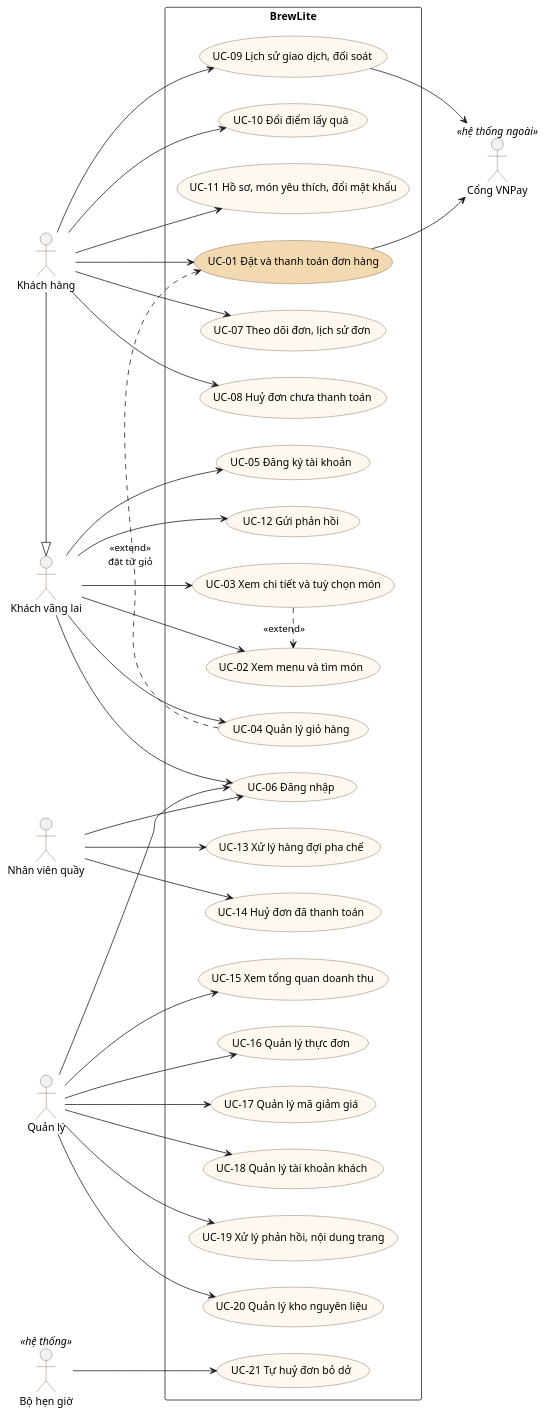
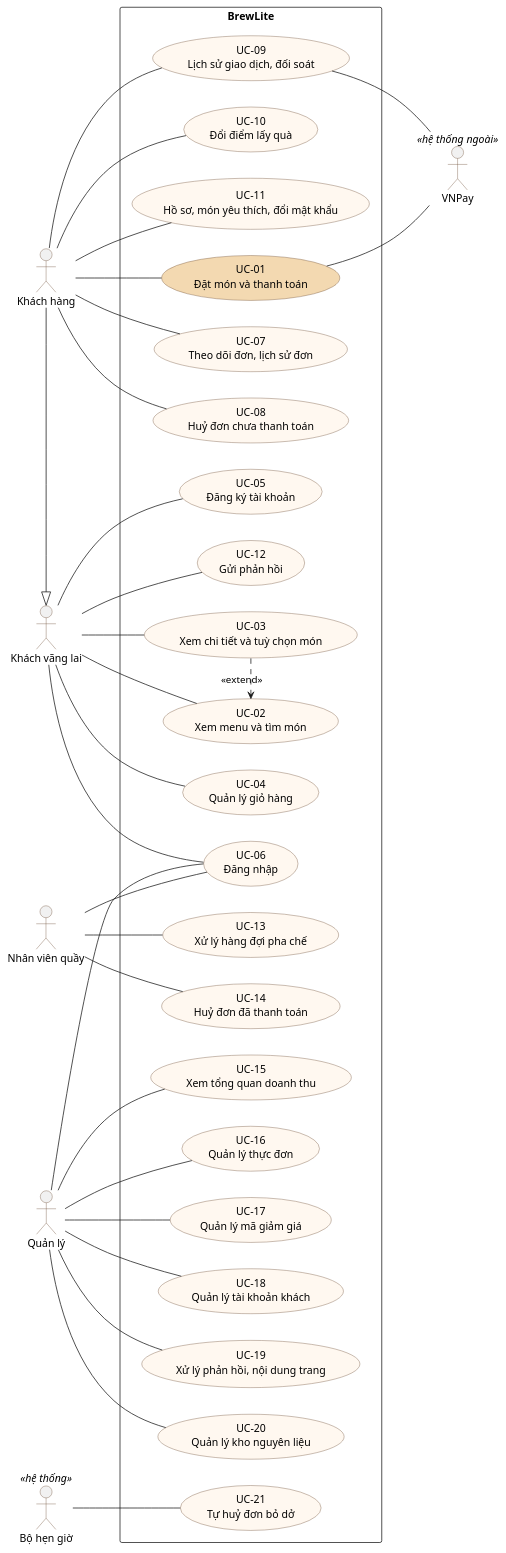
One commit to SuccessPhan/brewlite-assignment2 changed the diagram in docs/requirements/use-case-tong-quat.puml. Above: the diagram before and after it, drawn with PlantUML. The commit also changed 1 other file, not shown here.

Commit message:
docs(requirements): xuất ảnh SVG sơ đồ use-case tổng quát; liên kết actor dùng đường không mũi tên, bỏ quan hệ extend sai nghĩa, thống nhất tên với sơ đồ UC đặt món

```diff
--- a/docs/requirements/use-case-tong-quat.puml
+++ b/docs/requirements/use-case-tong-quat.puml
@@ -1,82 +1,76 @@
 @startuml use-case-tong-quat
 ' Sơ đồ use-case tổng quát BrewLite
 left to right direction
 skinparam packageStyle rectangle
 skinparam shadowing false
 skinparam defaultFontName Arial
 skinparam usecase {
   BackgroundColor #FFF8F0
   BorderColor #6F4E37
 }
 skinparam actorBorderColor #6F4E37
 
 actor "Khách vãng lai" as Guest
 actor "Khách hàng" as Customer
 actor "Nhân viên quầy" as Staff
 actor "Quản lý" as Manager
-actor "Cổng VNPay" as VNPay <<hệ thống ngoài>>
+actor "VNPay" as VNPay <<hệ thống ngoài>>
 actor "Bộ hẹn giờ" as Timer <<hệ thống>>
 
 Customer -|> Guest
 
 rectangle "BrewLite" {
-  usecase "UC-02 Xem menu và tìm món" as UC02
-  usecase "UC-03 Xem chi tiết và tuỳ chọn món" as UC03
-  usecase "UC-04 Quản lý giỏ hàng" as UC04
-  usecase "UC-05 Đăng ký tài khoản" as UC05
-  usecase "UC-06 Đăng nhập" as UC06
-  usecase "UC-12 Gửi phản hồi" as UC12
+  usecase "UC-02\nXem menu và tìm món" as UC02
+  usecase "UC-03\nXem chi tiết và tuỳ chọn món" as UC03
+  usecase "UC-04\nQuản lý giỏ hàng" as UC04
+  usecase "UC-05\nĐăng ký tài khoản" as UC05
+  usecase "UC-06\nĐăng nhập" as UC06
+  usecase "UC-12\nGửi phản hồi" as UC12
 
-  usecase "UC-01 Đặt và thanh toán đơn hàng" as UC01 #F3D9B1
-  usecase "UC-07 Theo dõi đơn, lịch sử đơn" as UC07
-  usecase "UC-08 Huỷ đơn chưa thanh toán" as UC08
-  usecase "UC-09 Lịch sử giao dịch, đối soát" as UC09
-  usecase "UC-10 Đổi điểm lấy quà" as UC10
-  usecase "UC-11 Hồ sơ, món yêu thích, đổi mật khẩu" as UC11
+  usecase "UC-01\nĐặt món và thanh toán" as UC01 #F3D9B1
+  usecase "UC-07\nTheo dõi đơn, lịch sử đơn" as UC07
+  usecase "UC-08\nHuỷ đơn chưa thanh toán" as UC08
+  usecase "UC-09\nLịch sử giao dịch, đối soát" as UC09
+  usecase "UC-10\nĐổi điểm lấy quà" as UC10
+  usecase "UC-11\nHồ sơ, món yêu thích, đổi mật khẩu" as UC11
 
-  usecase "UC-13 Xử lý hàng đợi pha chế" as UC13
-  usecase "UC-14 Huỷ đơn đã thanh toán" as UC14
+  usecase "UC-13\nXử lý hàng đợi pha chế" as UC13
+  usecase "UC-14\nHuỷ đơn đã thanh toán" as UC14
 
-  usecase "UC-15 Xem tổng quan doanh thu" as UC15
-  usecase "UC-16 Quản lý thực đơn" as UC16
-  usecase "UC-17 Quản lý mã giảm giá" as UC17
-  usecase "UC-18 Quản lý tài khoản khách" as UC18
-  usecase "UC-19 Xử lý phản hồi, nội dung trang" as UC19
-  usecase "UC-20 Quản lý kho nguyên liệu" as UC20
+  usecase "UC-15\nXem tổng quan doanh thu" as UC15
+  usecase "UC-16\nQuản lý thực đơn" as UC16
+  usecase "UC-17\nQuản lý mã giảm giá" as UC17
+  usecase "UC-18\nQuản lý tài khoản khách" as UC18
+  usecase "UC-19\nXử lý phản hồi, nội dung trang" as UC19
+  usecase "UC-20\nQuản lý kho nguyên liệu" as UC20
 
-  usecase "UC-21 Tự huỷ đơn bỏ dở" as UC21
+  usecase "UC-21\nTự huỷ đơn bỏ dở" as UC21
 }
 
-Guest --> UC02
-Guest --> UC03
-Guest --> UC04
-Guest --> UC05
-Guest --> UC06
-Guest --> UC12
-
-Customer --> UC01
-Customer --> UC07
-Customer --> UC08
-Customer --> UC09
-Customer --> UC10
-Customer --> UC11
-
-Staff --> UC06
-Staff --> UC13
-Staff --> UC14
-
-Manager --> UC06
-Manager --> UC15
-Manager --> UC16
-Manager --> UC17
-Manager --> UC18
-Manager --> UC19
-Manager --> UC20
-
-UC01 --> VNPay
-UC09 --> VNPay
-Timer --> UC21
-
+Guest -- UC02
+Guest -- UC03
+Guest -- UC04
+Guest -- UC05
+Guest -- UC06
+Guest -- UC12
+Customer -- UC01
+Customer -- UC07
+Customer -- UC08
+Customer -- UC09
+Customer -- UC10
+Customer -- UC11
+Staff -- UC06
+Staff -- UC13
+Staff -- UC14
+Manager -- UC06
+Manager -- UC15
+Manager -- UC16
+Manager -- UC17
+Manager -- UC18
+Manager -- UC19
+Manager -- UC20
+UC01 -- VNPay
+UC09 -- VNPay
+Timer -- UC21
 UC03 .> UC02 : <<extend>>
-UC04 .> UC01 : <<extend>>\nđặt từ giỏ
 @enduml
```
